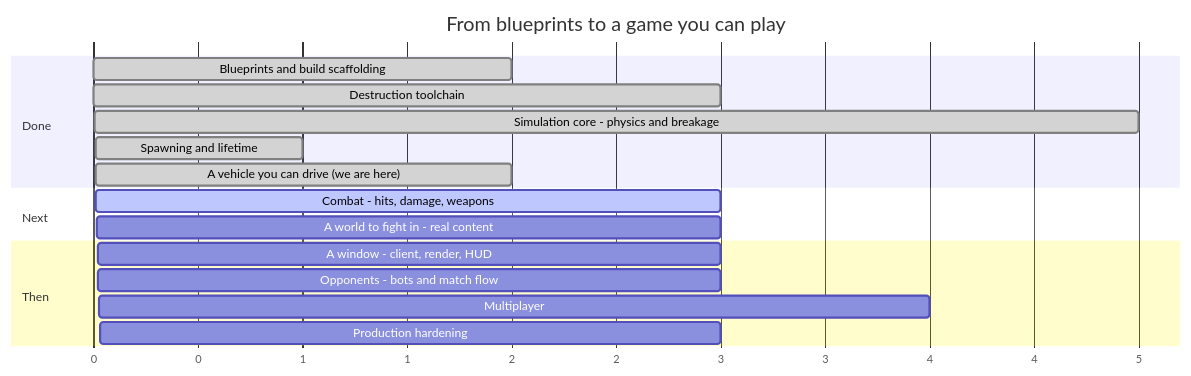
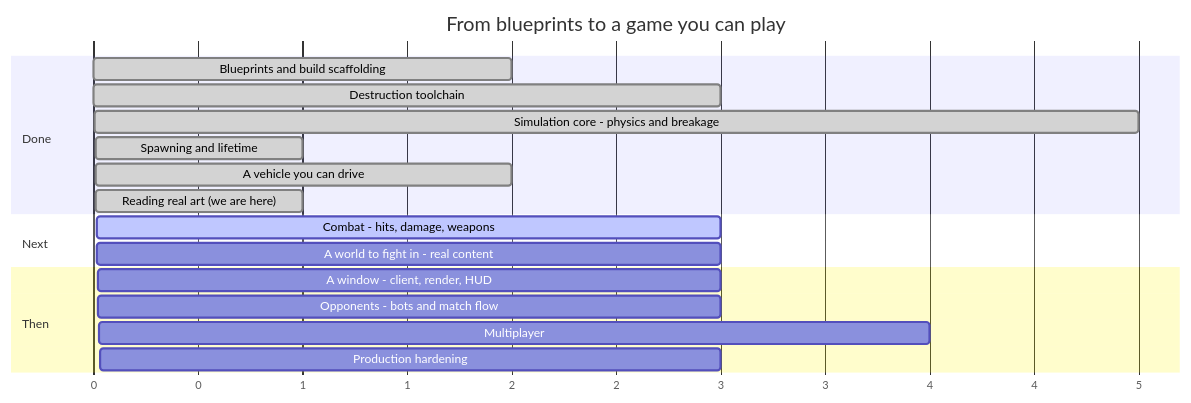
One commit to RobLobsta/Syndicate changed the diagram in ROADMAP.md. Above: the diagram before and after it, drawn with Mermaid. The commit also changed other lines of this file and 10 other files, not shown here.

First line of the commit message:
Record the session in memory, and rewrite the roadmap around what is left

````diff
--- a/ROADMAP.md
+++ b/ROADMAP.md
@@ -16,23 +17,24 @@
 ```mermaid
 gantt
     title From blueprints to a game you can play
     dateFormat X
     axisFormat %s
 
     section Done
     Blueprints and build scaffolding        :done, p0, 0, 2
     Destruction toolchain                   :done, p1, 2, 3
     Simulation core - physics and breakage   :done, p2, 5, 5
     Spawning and lifetime                   :done, p3, 10, 1
-    A vehicle you can drive  (we are here)  :done, p4, 11, 2
+    A vehicle you can drive                 :done, p4, 11, 2
+    Reading real art  (we are here)         :done, p6a, 13, 1
 
     section Next
-    Combat - hits, damage, weapons          :active, p5, 13, 3
-    A world to fight in - real content      :p6, 16, 3
+    Combat - hits, damage, weapons          :active, p5, 14, 3
+    A world to fight in - real content      :p6, 17, 3
 
     section Then
     A window - client, render, HUD          :p7, 19, 3
     Opponents - bots and match flow         :p8, 22, 3
     Multiplayer                             :p9, 25, 4
     Production hardening                    :p10, 29, 3
 ```
````
